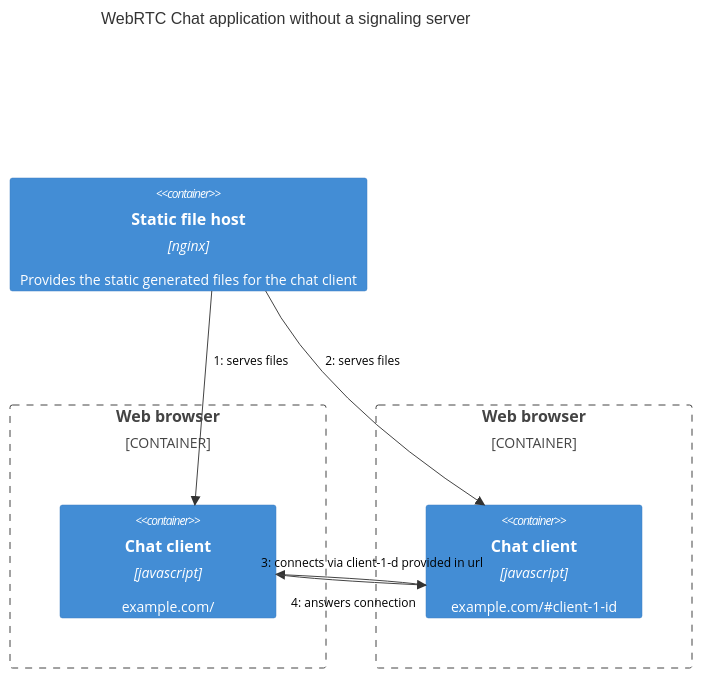
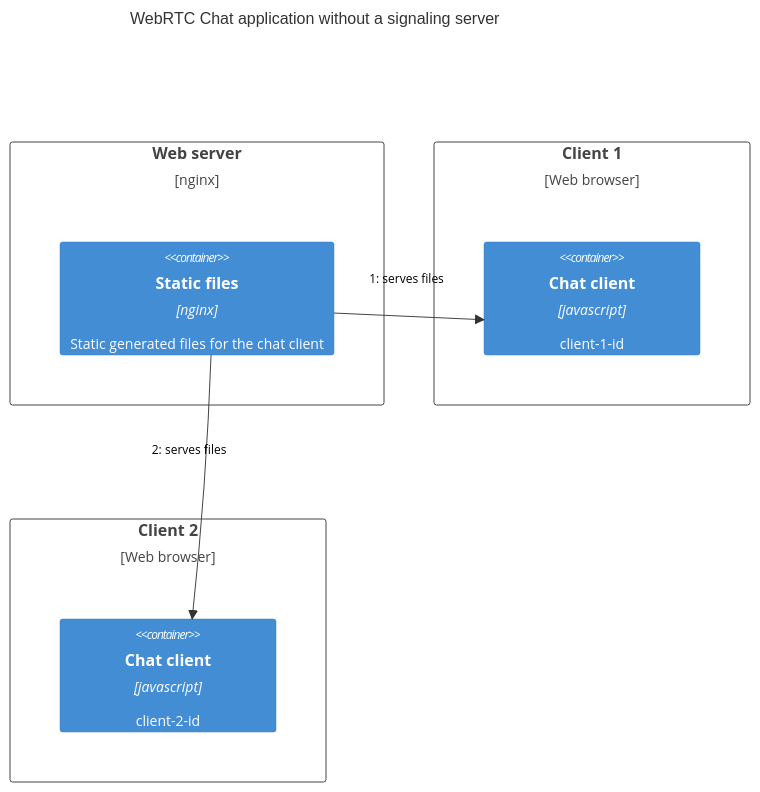
One commit to raaaimund/chat changed the diagram in README.md. Above: the diagram before and after it, drawn with Mermaid. The commit also changed other lines of this file and 8 other files, not shown here.

````diff
--- a/README.md
+++ b/README.md
@@ -32,20 +44,17 @@
 ```mermaid
     C4Dynamic
     title WebRTC Chat application without a signaling server
-    Container(host, "Static file host", "nginx", "Provides the static generated files for the chat client")
-    Container_Boundary(browser1, "Web browser") {
-        Container(client1, "Chat client", "javascript", "example.com/")
+    Deployment_Node(static_file_host, "Web server", "nginx") {
+        Container(host, "Static files", "nginx", "Static generated files for the chat client")
     }
-    Container_Boundary(browser2, "Web browser") {
-        Container(client2, "Chat client", "javascript", "example.com/#client-1-id")
+    Deployment_Node(browser1, "Client 1", "Web browser") {
+        Container(client1, "Chat client", "javascript", "client-1-id")
+    }
+    Deployment_Node(browser2, "Client 2", "Web browser") {
+        Container(client2, "Chat client", "javascript", "client-2-id")
     }
     Rel(host, client1, "serves files")
     Rel(host, client2, "serves files")
-    Rel(client2, client1, "connects via client-1-d provided in url")
-    Rel(client1, client2, "answers connection")
-    
-    UpdateRelStyle(host, client1, $textColor="black", $offsetY="-40", $offsetX="10")
+    UpdateRelStyle(host, client1, $textColor="black", $offsetY="-40", $offsetX="-40")
     UpdateRelStyle(host, client2, $textColor="black", $offsetY="-40", $offsetX="-50")
-    UpdateRelStyle(client2, client1, $textColor="black", $offsetY="-20", $offsetX="-90")
-    UpdateRelStyle(client1, client2, $textColor="black", $offsetY="20", $offsetX="-60")
 ```
````
